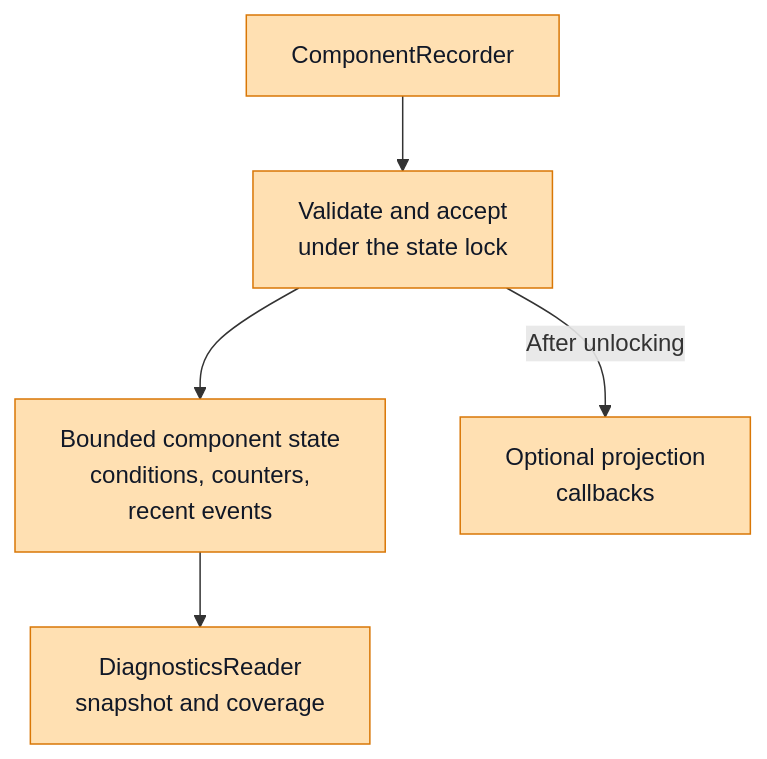
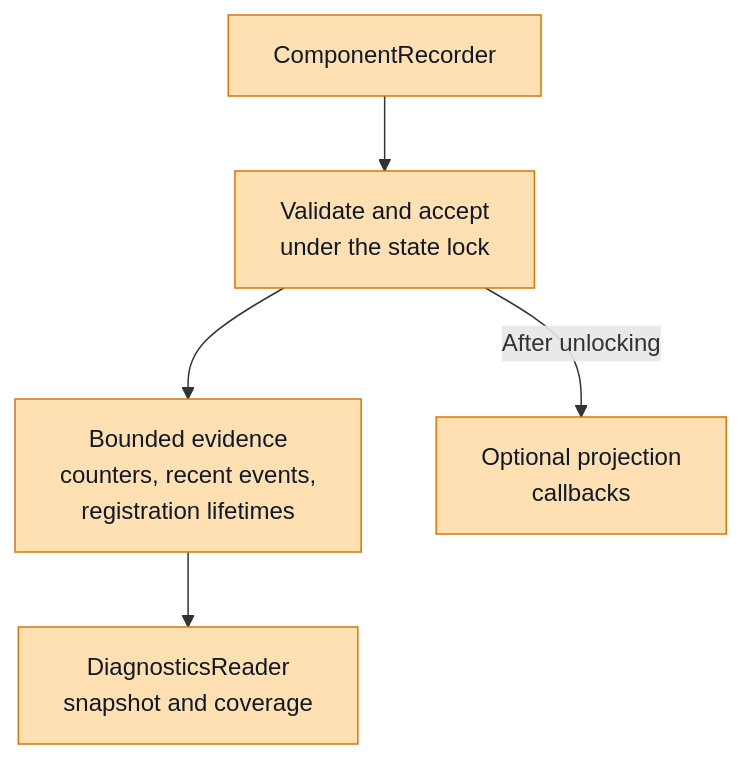
One commit to NVIDIA/NeMo-Relay changed the first of 4 diagrams in docs/contribute/diagnostics-phase-one.md. Above: the diagram before and after it, drawn with Mermaid. The commit also changed other lines of this file and 20 other files, not shown here.

````diff
--- a/docs/contribute/diagnostics-phase-one.md
+++ b/docs/contribute/diagnostics-phase-one.md
@@ -118,10 +138,10 @@
 ```mermaid
 flowchart TB
     Recorder["ComponentRecorder"] --> Accept["Validate and accept<br/>under the state lock"]
-    Accept --> State["Bounded component state<br/>conditions, counters,<br/>recent events"]
+    Accept --> State["Bounded evidence<br/>counters, recent events,<br/>registration lifetimes"]
     State --> Reader["DiagnosticsReader<br/>snapshot and coverage"]
     Accept -->|After unlocking| Projection["Optional projection<br/>callbacks"]
 
     classDef shared fill:#FFE0B2,stroke:#D97706,color:#111827;
     class Recorder,Accept,State,Reader,Projection shared;
 ```
````
